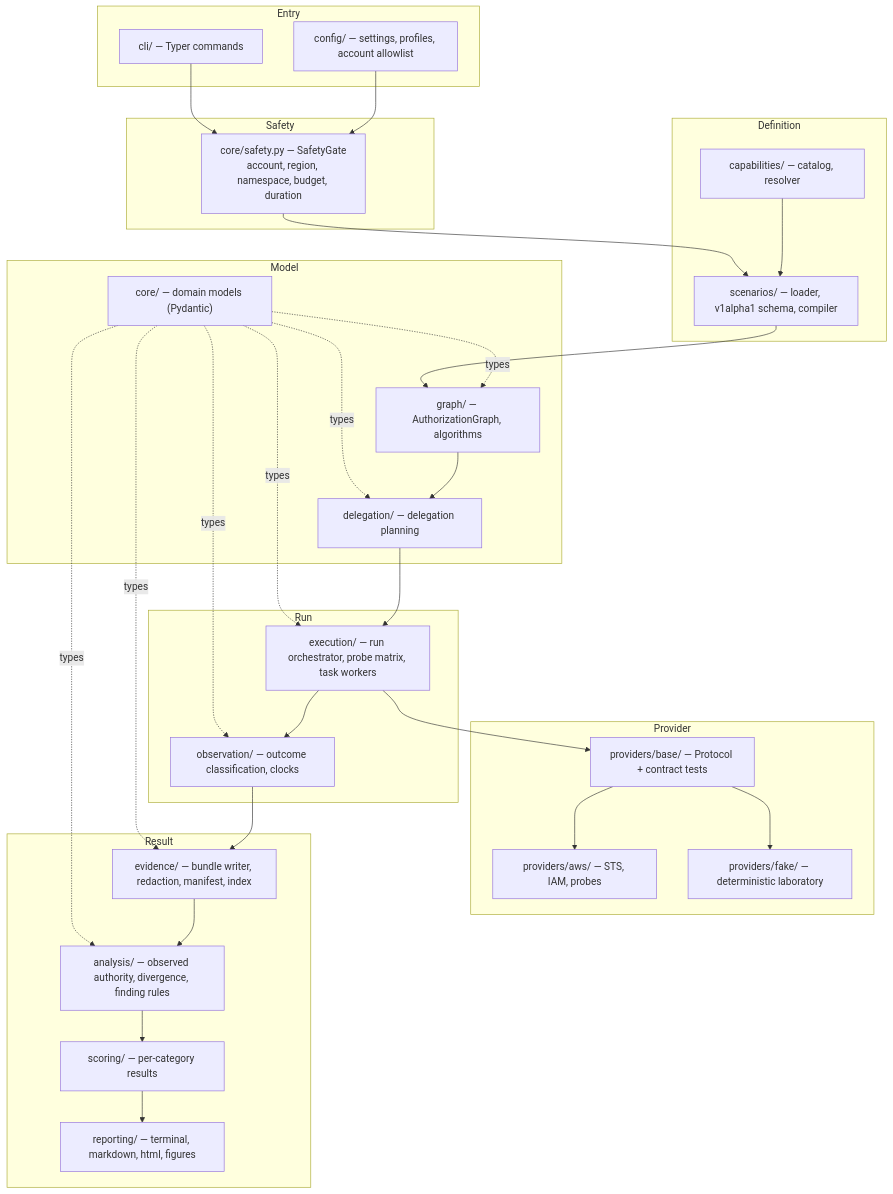
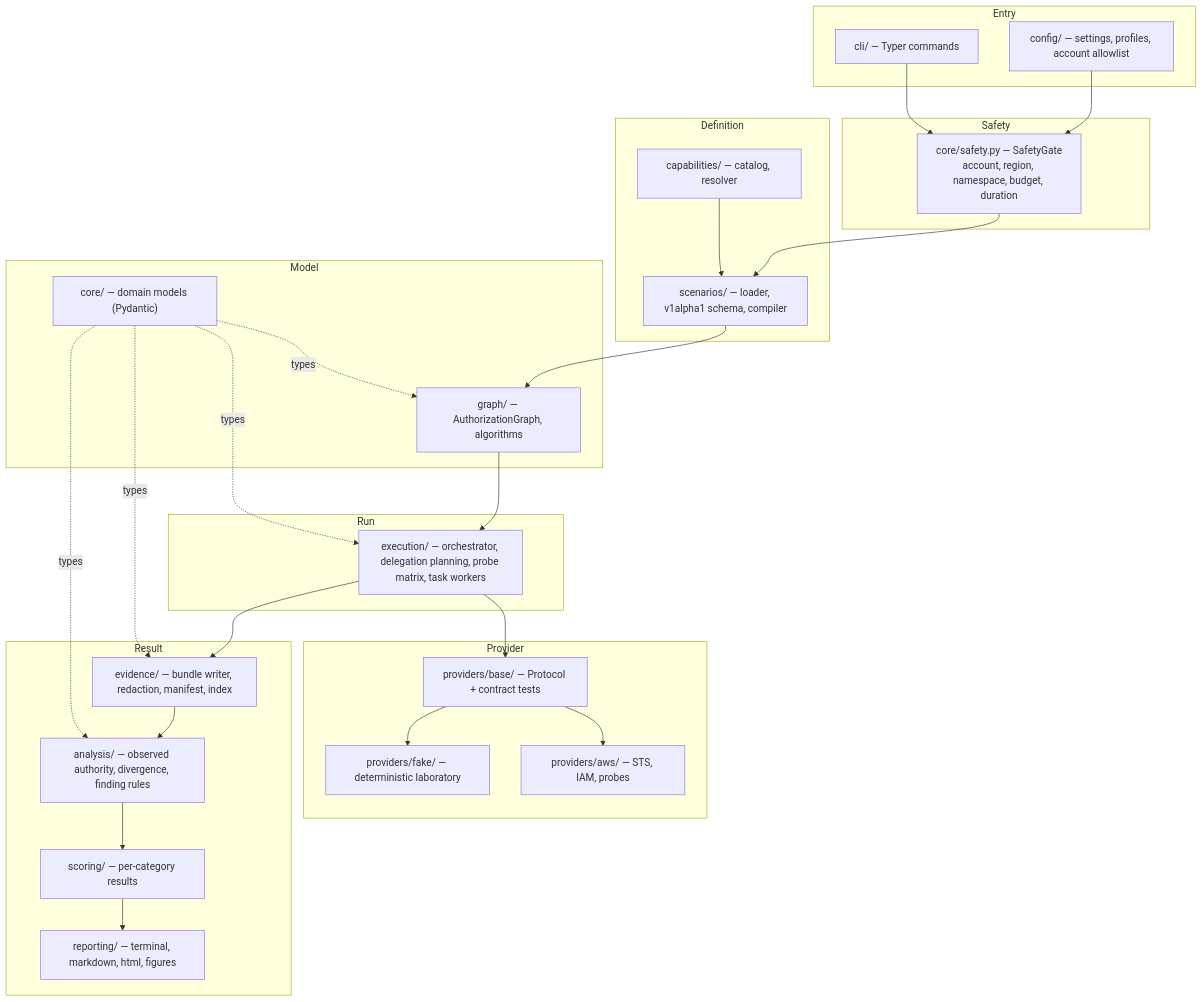
The first of 2 diagrams in ARCHITECTURE.md (KubixDesiney/chainbreak), drawn with Mermaid before and after one commit. The commit also changed other lines of this file and 41 other files, not shown here.

````diff
--- a/ARCHITECTURE.md
+++ b/ARCHITECTURE.md
@@ -37,43 +37,41 @@
 ```mermaid
 flowchart TB
     subgraph L0["Entry"]
         CLI["cli/ — Typer commands"]
         CFG["config/ — settings, profiles, account allowlist"]
     end
     subgraph L1["Safety"]
         SAFE["core/safety.py — SafetyGate<br/>account, region, namespace, budget, duration"]
     end
     subgraph L2["Definition"]
         SCEN["scenarios/ — loader, v1alpha1 schema, compiler"]
         CAP["capabilities/ — catalog, resolver"]
     end
     subgraph L3["Model"]
         CORE["core/ — domain models (Pydantic)"]
         GRAPH["graph/ — AuthorizationGraph, algorithms"]
-        DELEG["delegation/ — delegation planning"]
     end
     subgraph L4["Provider"]
         BASE["providers/base/ — Protocol + contract tests"]
         AWS["providers/aws/ — STS, IAM, probes"]
         FAKE["providers/fake/ — deterministic laboratory"]
     end
     subgraph L5["Run"]
-        EXEC["execution/ — run orchestrator, probe matrix, task workers"]
-        OBS["observation/ — outcome classification, clocks"]
+        EXEC["execution/ — orchestrator, delegation planning, probe matrix, task workers"]
     end
     subgraph L6["Result"]
         EVID["evidence/ — bundle writer, redaction, manifest, index"]
         ANAL["analysis/ — observed authority, divergence, finding rules"]
         SCORE["scoring/ — per-category results"]
         REPT["reporting/ — terminal, markdown, html, figures"]
     end
 
     CLI --> SAFE --> SCEN --> GRAPH
     CFG --> SAFE
     CAP --> SCEN
-    CORE -.types.-> GRAPH & DELEG & EXEC & OBS & EVID & ANAL
-    GRAPH --> DELEG --> EXEC
+    CORE -.types.-> GRAPH & EXEC & EVID & ANAL
+    GRAPH --> EXEC
     BASE --> AWS & FAKE
     EXEC --> BASE
-    EXEC --> OBS --> EVID --> ANAL --> SCORE --> REPT
+    EXEC --> EVID --> ANAL --> SCORE --> REPT
 ```
````
